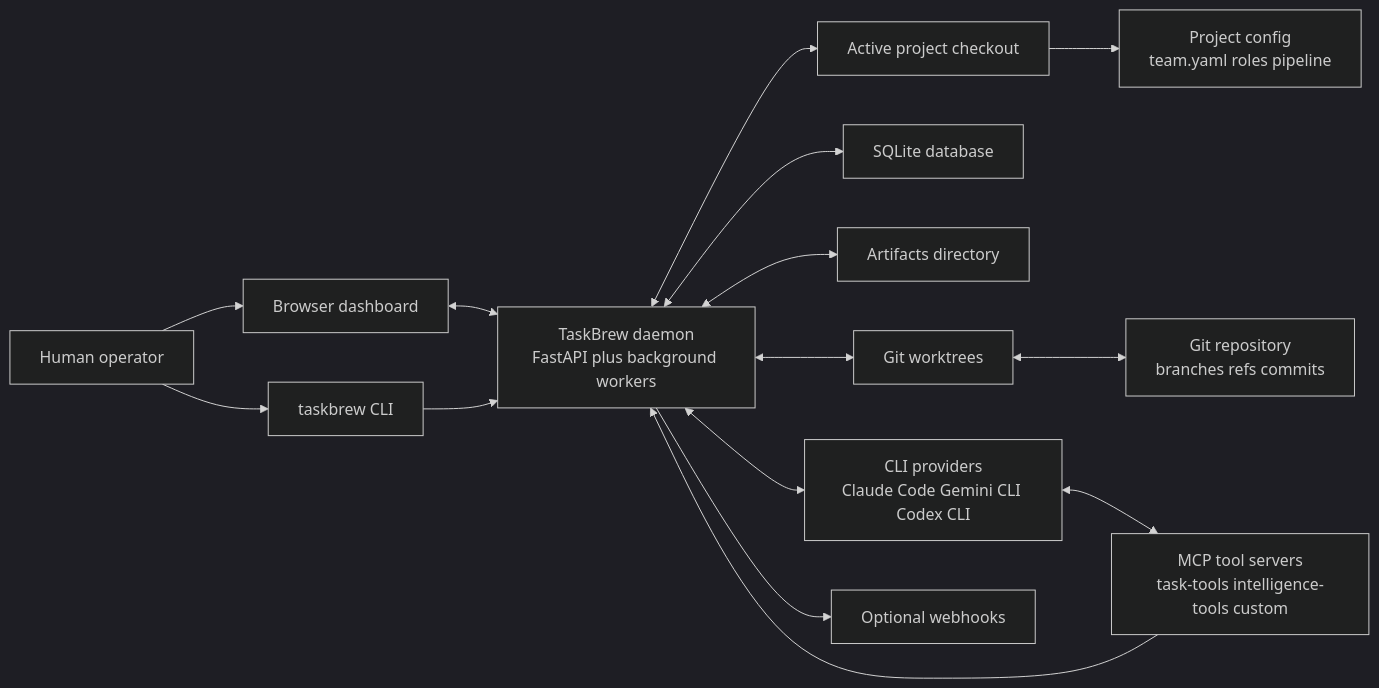
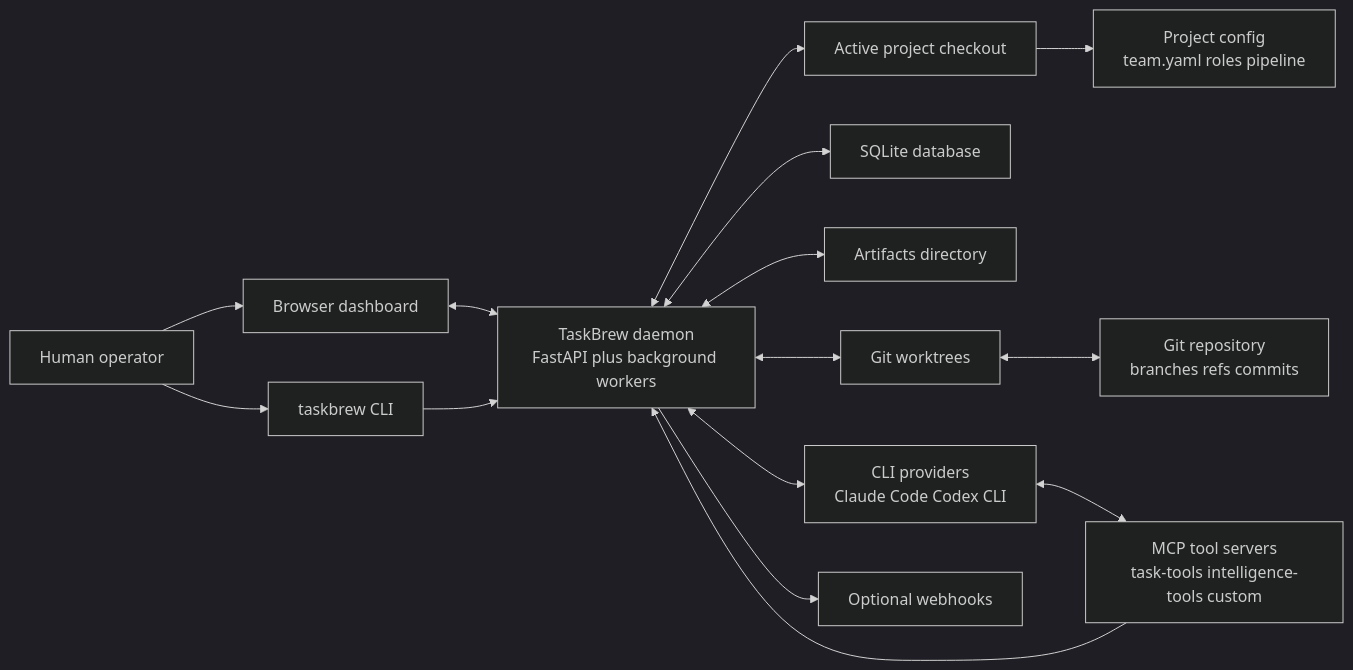
The first of 21 diagrams in docs/system-design-diagrams.md (nikhilch98/taskbrew), drawn with Mermaid (dark theme) before and after one commit. The commit also changed other lines of this file and 29 other files, not shown here.

First line of the commit message:
refactor: remove Gemini CLI provider completely

````diff
--- a/docs/system-design-diagrams.md
+++ b/docs/system-design-diagrams.md
@@ -29,31 +29,31 @@
 ```mermaid
 flowchart LR
     Operator["Human operator"]
     Browser["Browser dashboard"]
     CLI["taskbrew CLI"]
     Daemon["TaskBrew daemon<br/>FastAPI plus background workers"]
     Project["Active project checkout"]
     Config["Project config<br/>team.yaml roles pipeline"]
     SQLite["SQLite database"]
     Artifacts["Artifacts directory"]
     Worktrees["Git worktrees"]
     Git["Git repository<br/>branches refs commits"]
-    Providers["CLI providers<br/>Claude Code Gemini CLI Codex CLI"]
+    Providers["CLI providers<br/>Claude Code Codex CLI"]
     MCP["MCP tool servers<br/>task-tools intelligence-tools custom"]
     Webhooks["Optional webhooks"]
 
     Operator --> Browser
     Operator --> CLI
     Browser <--> Daemon
     CLI --> Daemon
     Daemon <--> Project
     Project --> Config
     Daemon <--> SQLite
     Daemon <--> Artifacts
     Daemon <--> Worktrees
     Worktrees <--> Git
     Daemon <--> Providers
     Providers <--> MCP
     MCP --> Daemon
     Daemon --> Webhooks
 ```
````
